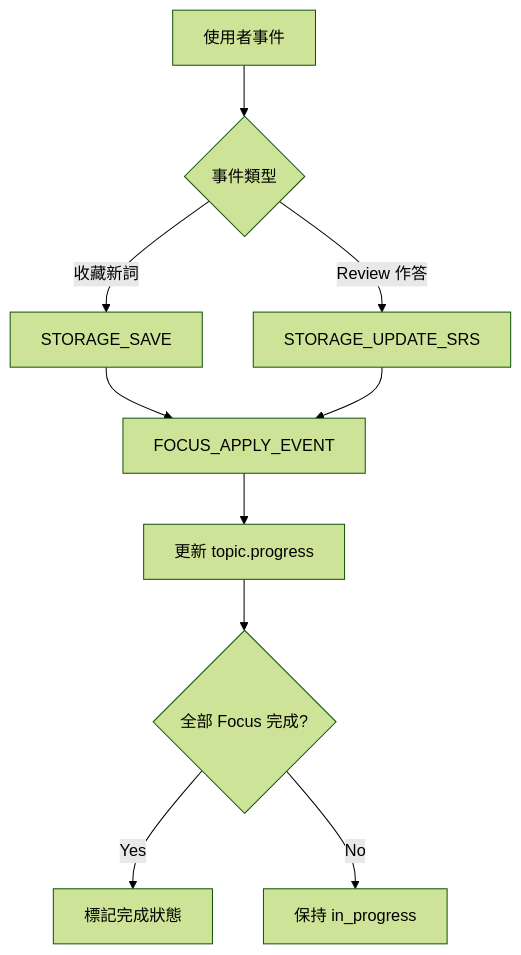
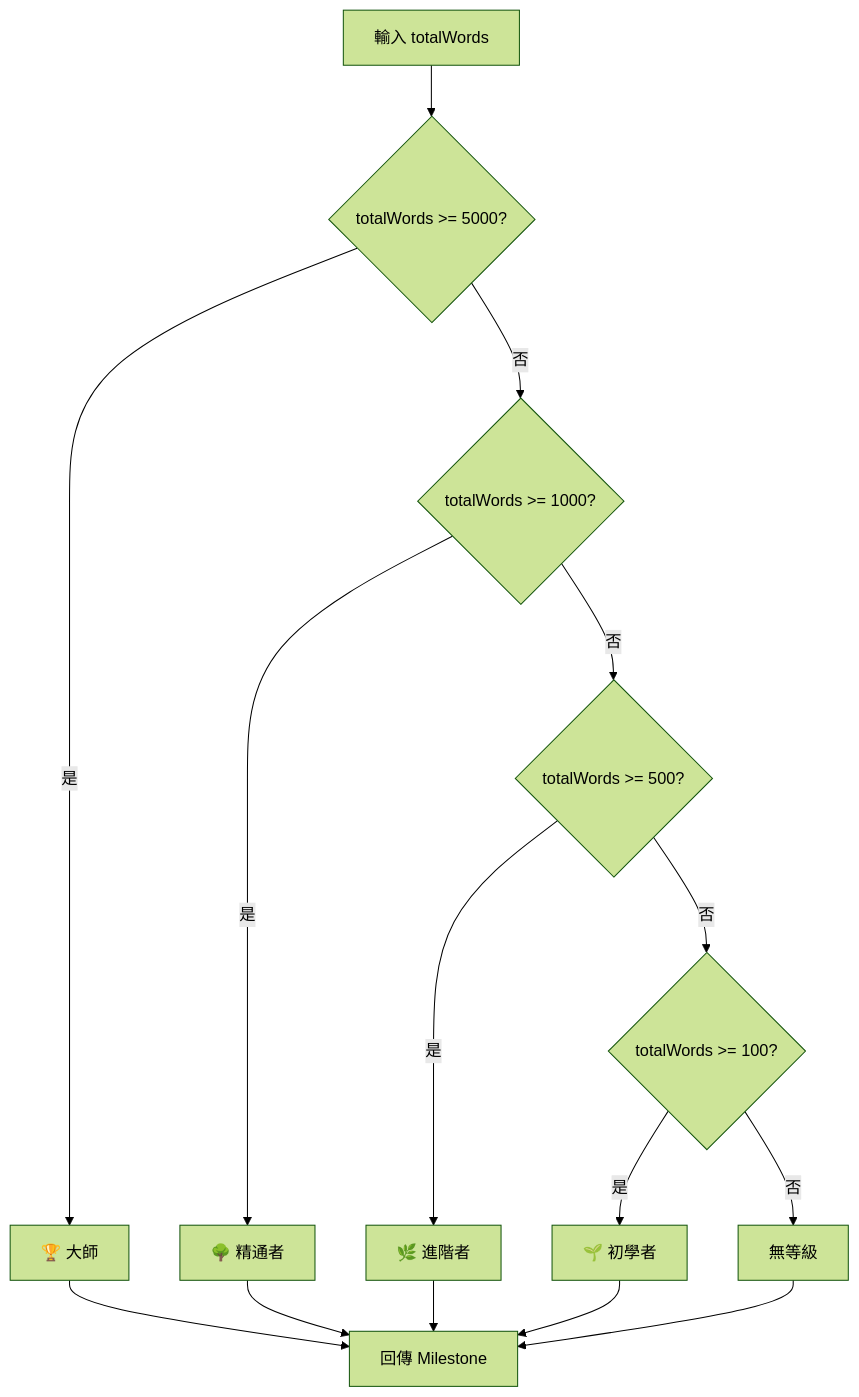
Before and after one commit to kylecheng3146/highlighting-translate: the fifth of 9 diagrams in .shared/05-flow-diagrams.md, drawn with Mermaid (forest theme). The commit also changed other lines of this file and 33 other files, not shown here.

````diff
--- a/.shared/05-flow-diagrams.md
+++ b/.shared/05-flow-diagrams.md
@@ -27,12 +111,18 @@
 ```mermaid
 flowchart TD
-    A[使用者事件] --> B{事件類型}
-    B -- 收藏新詞 --> C[STORAGE_SAVE]
-    B -- Review 作答 --> D[STORAGE_UPDATE_SRS]
-    C --> E[FOCUS_APPLY_EVENT]
-    D --> E
-    E --> F[更新 topic.progress]
-    F --> G{全部 Focus 完成?}
-    G -- Yes --> H[標記完成狀態]
-    G -- No --> I[保持 in_progress]
+    A[輸入 totalWords] --> B{totalWords >= 5000?}
+    B -->|是| C[🏆 大師]
+    B -->|否| D{totalWords >= 1000?}
+    D -->|是| E[🌳 精通者]
+    D -->|否| F{totalWords >= 500?}
+    F -->|是| G[🌿 進階者]
+    F -->|否| H{totalWords >= 100?}
+    H -->|是| I[🌱 初學者]
+    H -->|否| J[無等級]
+    
+    C --> K[回傳 Milestone]
+    E --> K
+    G --> K
+    I --> K
+    J --> K
 ```
````
